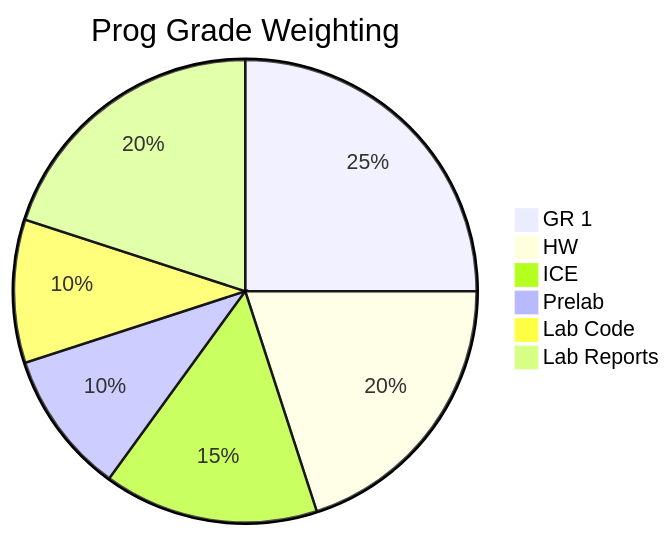
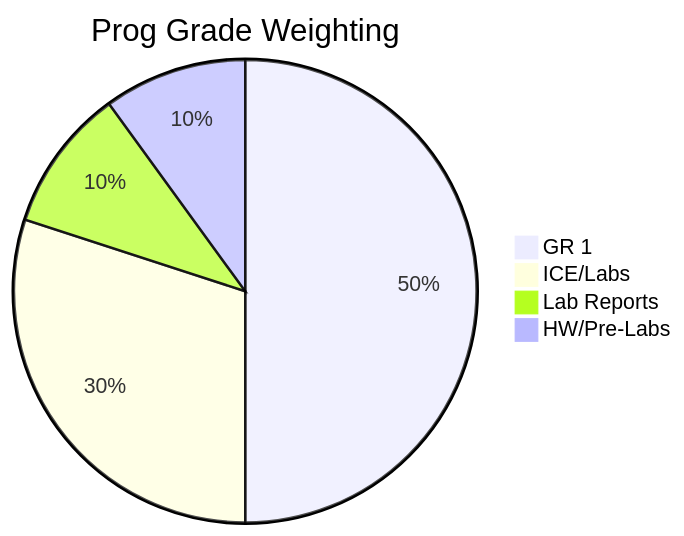
Before and after one commit to USAFA-ECE/ece281-book: the first of 2 diagrams in book/intro.md, drawn with Mermaid. The commit also changed other lines of this file, not shown here.

````diff
--- a/book/intro.md
+++ b/book/intro.md
@@ -130,9 +130,7 @@
-```mermaid
+```{mermaid}
 pie title Prog Grade Weighting
-    "GR 1" : 25
-    "HW" : 20
-    "ICE" : 15
-    "Prelab" : 10
-    "Lab Code"  : 10
-    "Lab Reports" : 20
+    "GR 1" : 50
+    "ICE/Labs" : 30
+    "Lab Reports" : 10
+    "HW/Pre-Labs" : 10
 ```
````
